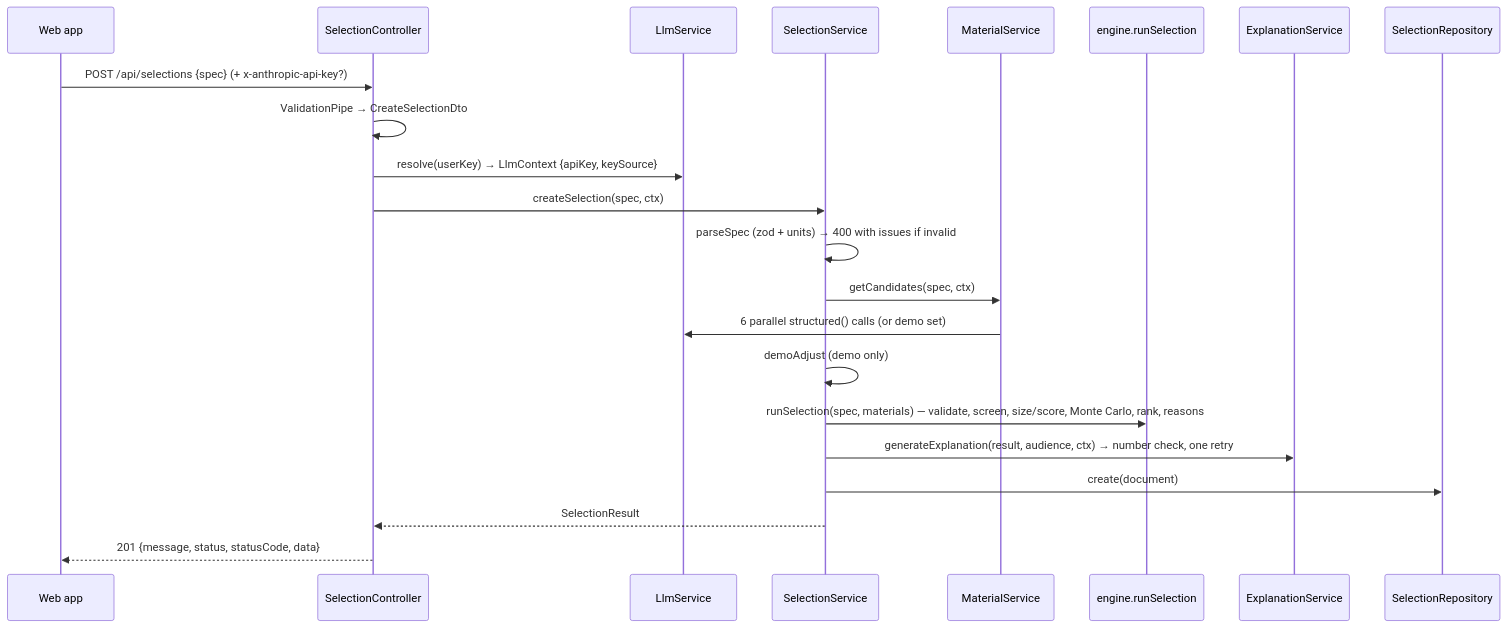
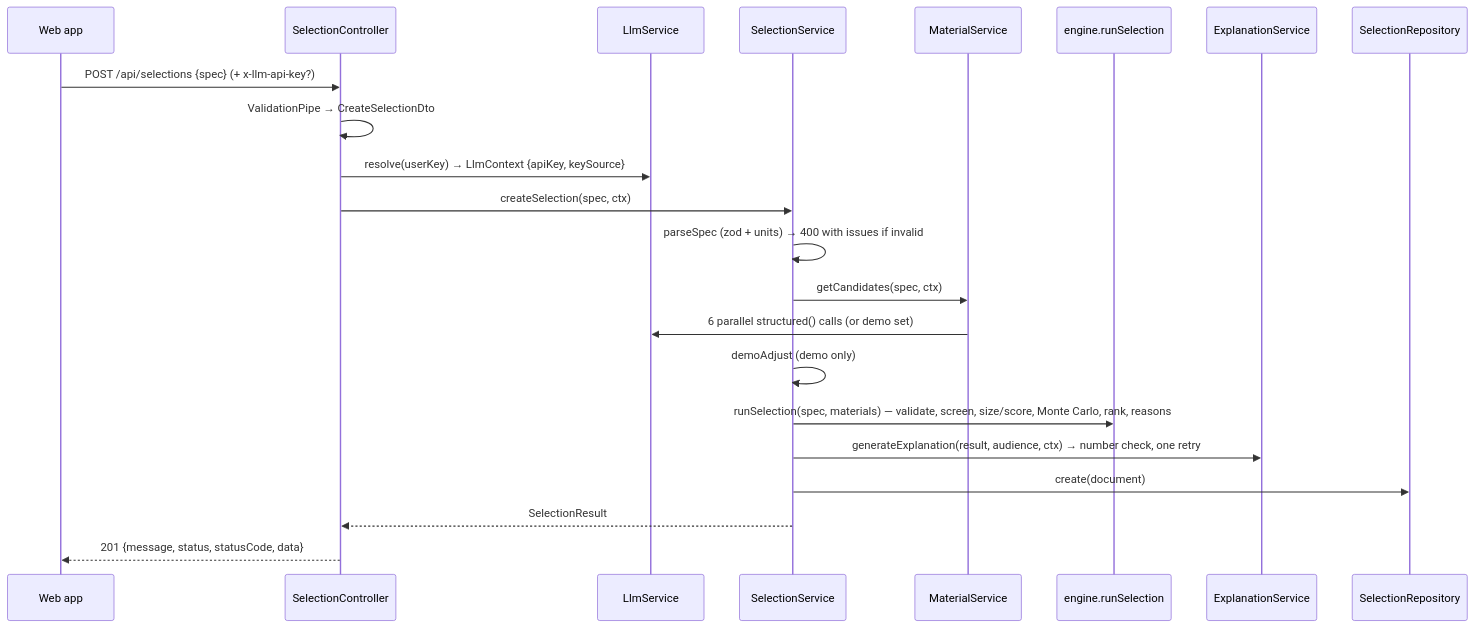
Before and after one commit to Humiditii/matSelect: the second of 2 diagrams in api/README.md, drawn with Mermaid. The commit also changed other lines of this file and 42 other files, not shown here.

````diff
--- a/api/README.md
+++ b/api/README.md
@@ -135,24 +135,24 @@
 ```mermaid
 sequenceDiagram
     participant W as Web app
     participant C as SelectionController
     participant L as LlmService
     participant S as SelectionService
     participant M as MaterialService
     participant E as engine.runSelection
     participant X as ExplanationService
     participant R as SelectionRepository
-    W->>C: POST /api/selections {spec} (+ x-anthropic-api-key?)
+    W->>C: POST /api/selections {spec} (+ x-llm-api-key?)
     C->>C: ValidationPipe → CreateSelectionDto
     C->>L: resolve(userKey) → LlmContext {apiKey, keySource}
     C->>S: createSelection(spec, ctx)
     S->>S: parseSpec (zod + units) → 400 with issues if invalid
     S->>M: getCandidates(spec, ctx)
     M->>L: 6 parallel structured() calls (or demo set)
     S->>S: demoAdjust (demo only)
     S->>E: runSelection(spec, materials) — validate, screen, size/score, Monte Carlo, rank, reasons
     S->>X: generateExplanation(result, audience, ctx) → number check, one retry
     S->>R: create(document)
     S-->>C: SelectionResult
     C-->>W: 201 {message, status, statusCode, data}
 ```
````
